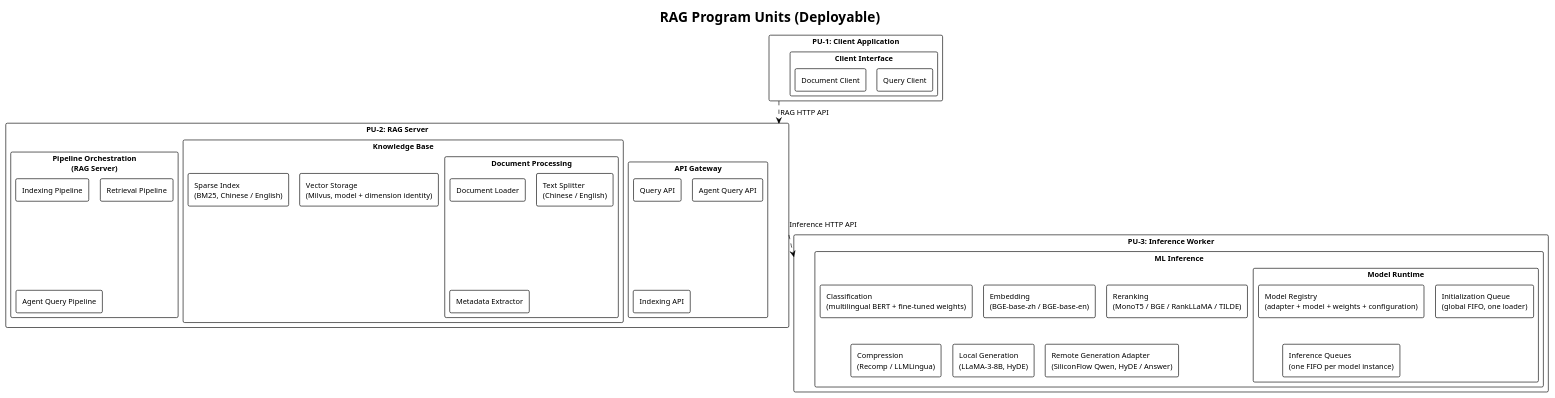
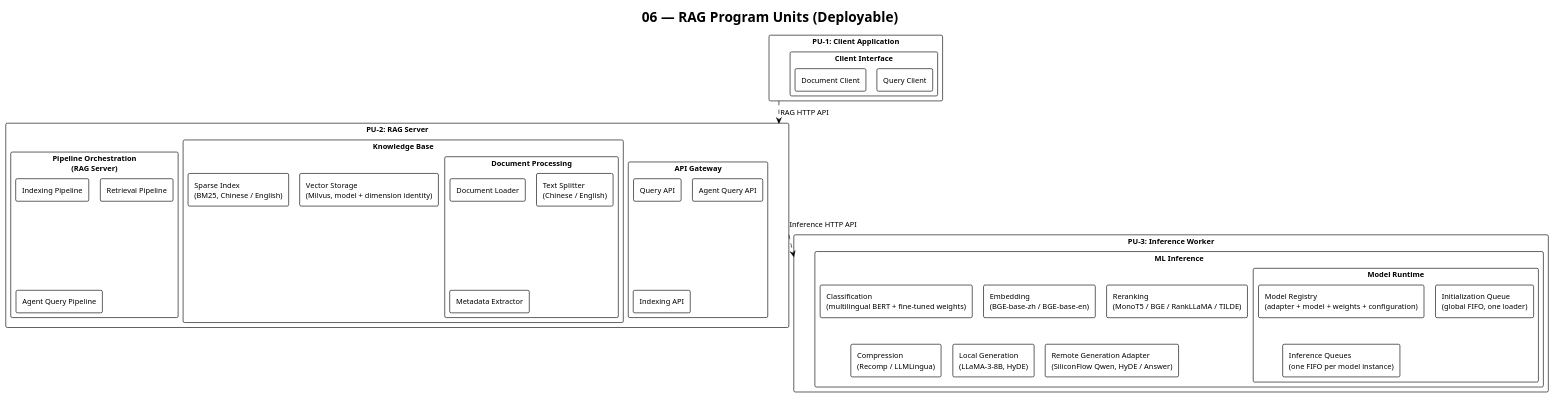
One commit to 24-Fahed/RAG changed the diagram in docs/v0.1.0/architecture/06_program_units.puml. Above: the diagram before and after it, drawn with PlantUML. The commit also changed 46 other files, not shown here.

Commit message:
docs: restore workflow image and number architecture diagrams

```diff
--- a/docs/v0.1.0/architecture/06_program_units.puml
+++ b/docs/v0.1.0/architecture/06_program_units.puml
@@ -1,59 +1,59 @@
-@startuml RAG_Program_Units
+@startuml 06_program_units
 !theme plain
 !pragma layout smetana
 skinparam packageStyle rectangle
 skinparam shadowing false
 skinparam defaultFontSize 12
 
-title RAG Program Units (Deployable)
+title 06 — RAG Program Units (Deployable)
 
 package "PU-1: Client Application" as pu1 {
     package "Client Interface" {
         rectangle "Query Client"
         rectangle "Document Client"
     }
 }
 
 package "PU-2: RAG Server" as pu2 {
     package "API Gateway" {
         rectangle "Query API"
         rectangle "Agent Query API"
         rectangle "Indexing API"
     }
     package "Knowledge Base" {
         package "Document Processing" {
             rectangle "Document Loader"
             rectangle "Text Splitter\n(Chinese / English)"
             rectangle "Metadata Extractor"
         }
         rectangle "Vector Storage\n(Milvus, model + dimension identity)"
         rectangle "Sparse Index\n(BM25, Chinese / English)"
     }
     package "Pipeline Orchestration\n(RAG Server)" {
         rectangle "Indexing Pipeline"
         rectangle "Retrieval Pipeline"
         rectangle "Agent Query Pipeline"
     }
 }
 
 package "PU-3: Inference Worker" as pu3 {
     package "ML Inference" {
         package "Model Runtime" {
             rectangle "Model Registry\n(adapter + model + weights + configuration)"
             rectangle "Initialization Queue\n(global FIFO, one loader)"
             rectangle "Inference Queues\n(one FIFO per model instance)"
         }
 
         rectangle "Classification\n(multilingual BERT + fine-tuned weights)"
         rectangle "Embedding\n(BGE-base-zh / BGE-base-en)"
         rectangle "Reranking\n(MonoT5 / BGE / RankLLaMA / TILDE)"
         rectangle "Compression\n(Recomp / LLMLingua)"
         rectangle "Local Generation\n(LLaMA-3-8B, HyDE)"
         rectangle "Remote Generation Adapter\n(SiliconFlow Qwen, HyDE / Answer)"
     }
 }
 
 pu1 ..> pu2 : RAG HTTP API
 pu2 ..> pu3 : Inference HTTP API
 
 @enduml
```
